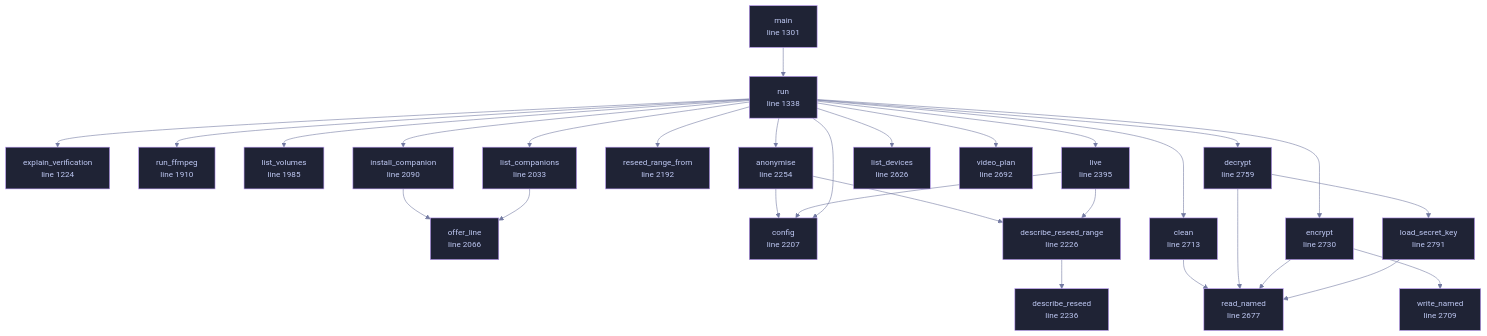
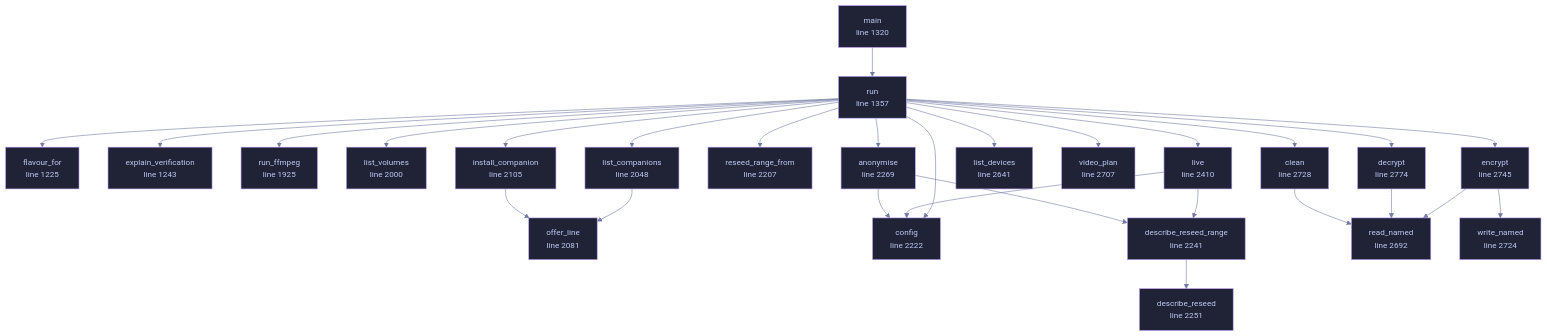
Before and after one commit to tilas01/veilvoice: the diagram in wiki/File-veilvoice-cli-main.md, drawn with Mermaid. The commit also changed other lines of this file and 46 other files, not shown here.

````diff
--- a/wiki/File-veilvoice-cli-main.md
+++ b/wiki/File-veilvoice-cli-main.md
@@ -119,78 +119,77 @@
 ```mermaid
 %%{init: {"theme":"base","themeVariables":{"background":"#1a1b26","primaryColor":"#1f2335","primaryTextColor":"#c0caf5","primaryBorderColor":"#7aa2f7","secondaryColor":"#16161e","tertiaryColor":"#16161e","lineColor":"#737aa2","textColor":"#c0caf5","mainBkg":"#1f2335","nodeBorder":"#7aa2f7","clusterBkg":"#16161e","clusterBorder":"#2f3549","fontFamily":"ui-monospace, SFMono-Regular, Consolas, monospace","fontSize":"14px"}}}%%
 flowchart TD
-    n_explain_verification["explain_verification<br/>line 1224"]
-    n_main["main<br/>line 1301"]
-    n_run["run<br/>line 1338"]
-    n_run_ffmpeg["run_ffmpeg<br/>line 1910"]
-    n_list_volumes["list_volumes<br/>line 1985"]
-    n_list_companions["list_companions<br/>line 2033"]
-    n_offer_line["offer_line<br/>line 2066"]
-    n_install_companion["install_companion<br/>line 2090"]
-    n_reseed_range_from["reseed_range_from<br/>line 2192"]
-    n_config["config<br/>line 2207"]
-    n_describe_reseed_range["describe_reseed_range<br/>line 2226"]
-    n_describe_reseed["describe_reseed<br/>line 2236"]
-    n_anonymise["anonymise<br/>line 2254"]
-    n_live["live<br/>line 2395"]
-    n_list_devices["list_devices<br/>line 2626"]
-    n_read_named["read_named<br/>line 2677"]
-    n_video_plan["video_plan<br/>line 2692"]
-    n_write_named["write_named<br/>line 2709"]
-    n_clean["clean<br/>line 2713"]
-    n_encrypt["encrypt<br/>line 2730"]
-    n_decrypt["decrypt<br/>line 2759"]
-    n_load_secret_key["load_secret_key<br/>line 2791"]
+    n_flavour_for["flavour_for<br/>line 1225"]
+    n_explain_verification["explain_verification<br/>line 1243"]
+    n_main["main<br/>line 1320"]
+    n_run["run<br/>line 1357"]
+    n_run_ffmpeg["run_ffmpeg<br/>line 1925"]
+    n_list_volumes["list_volumes<br/>line 2000"]
+    n_list_companions["list_companions<br/>line 2048"]
+    n_offer_line["offer_line<br/>line 2081"]
+    n_install_companion["install_companion<br/>line 2105"]
+    n_reseed_range_from["reseed_range_from<br/>line 2207"]
+    n_config["config<br/>line 2222"]
+    n_describe_reseed_range["describe_reseed_range<br/>line 2241"]
+    n_describe_reseed["describe_reseed<br/>line 2251"]
+    n_anonymise["anonymise<br/>line 2269"]
+    n_live["live<br/>line 2410"]
+    n_list_devices["list_devices<br/>line 2641"]
+    n_read_named["read_named<br/>line 2692"]
+    n_video_plan["video_plan<br/>line 2707"]
+    n_write_named["write_named<br/>line 2724"]
+    n_clean["clean<br/>line 2728"]
+    n_encrypt["encrypt<br/>line 2745"]
+    n_decrypt["decrypt<br/>line 2774"]
     n_anonymise --> n_config
     n_anonymise --> n_describe_reseed_range
     n_clean --> n_read_named
-    n_decrypt --> n_load_secret_key
     n_decrypt --> n_read_named
     n_describe_reseed_range --> n_describe_reseed
     n_encrypt --> n_read_named
     n_encrypt --> n_write_named
     n_install_companion --> n_offer_line
     n_list_companions --> n_offer_line
     n_live --> n_config
     n_live --> n_describe_reseed_range
-    n_load_secret_key --> n_read_named
     n_main --> n_run
     n_run --> n_anonymise
     n_run --> n_clean
     n_run --> n_config
     n_run --> n_decrypt
     n_run --> n_encrypt
     n_run --> n_explain_verification
+    n_run --> n_flavour_for
     n_run --> n_install_companion
     n_run --> n_list_companions
     n_run --> n_list_devices
     n_run --> n_list_volumes
     n_run --> n_live
     n_run --> n_reseed_range_from
     n_run --> n_run_ffmpeg
     n_run --> n_video_plan
-    click n_explain_verification href "https://github.com/tilas01/veilvoice/blob/main/crates/veilvoice-cli/src/main.rs#L1224" "open the source"
-    click n_main href "https://github.com/tilas01/veilvoice/blob/main/crates/veilvoice-cli/src/main.rs#L1301" "open the source"
-    click n_run href "https://github.com/tilas01/veilvoice/blob/main/crates/veilvoice-cli/src/main.rs#L1338" "open the source"
-    click n_run_ffmpeg href "https://github.com/tilas01/veilvoice/blob/main/crates/veilvoice-cli/src/main.rs#L1910" "open the source"
-    click n_list_volumes href "https://github.com/tilas01/veilvoice/blob/main/crates/veilvoice-cli/src/main.rs#L1985" "open the source"
-    click n_list_companions href "https://github.com/tilas01/veilvoice/blob/main/crates/veilvoice-cli/src/main.rs#L2033" "open the source"
-    click n_offer_line href "https://github.com/tilas01/veilvoice/blob/main/crates/veilvoice-cli/src/main.rs#L2066" "open the source"
-    click n_install_companion href "https://github.com/tilas01/veilvoice/blob/main/crates/veilvoice-cli/src/main.rs#L2090" "open the source"
-    click n_reseed_range_from href "https://github.com/tilas01/veilvoice/blob/main/crates/veilvoice-cli/src/main.rs#L2192" "open the source"
-    click n_config href "https://github.com/tilas01/veilvoice/blob/main/crates/veilvoice-cli/src/main.rs#L2207" "open the source"
-    click n_describe_reseed_range href "https://github.com/tilas01/veilvoice/blob/main/crates/veilvoice-cli/src/main.rs#L2226" "open the source"
-    click n_describe_reseed href "https://github.com/tilas01/veilvoice/blob/main/crates/veilvoice-cli/src/main.rs#L2236" "open the source"
-    click n_anonymise href "https://github.com/tilas01/veilvoice/blob/main/crates/veilvoice-cli/src/main.rs#L2254" "open the source"
-    click n_live href "https://github.com/tilas01/veilvoice/blob/main/crates/veilvoice-cli/src/main.rs#L2395" "open the source"
-    click n_list_devices href "https://github.com/tilas01/veilvoice/blob/main/crates/veilvoice-cli/src/main.rs#L2626" "open the source"
-    click n_read_named href "https://github.com/tilas01/veilvoice/blob/main/crates/veilvoice-cli/src/main.rs#L2677" "open the source"
-    click n_video_plan href "https://github.com/tilas01/veilvoice/blob/main/crates/veilvoice-cli/src/main.rs#L2692" "open the source"
-    click n_write_named href "https://github.com/tilas01/veilvoice/blob/main/crates/veilvoice-cli/src/main.rs#L2709" "open the source"
-    click n_clean href "https://github.com/tilas01/veilvoice/blob/main/crates/veilvoice-cli/src/main.rs#L2713" "open the source"
-    click n_encrypt href "https://github.com/tilas01/veilvoice/blob/main/crates/veilvoice-cli/src/main.rs#L2730" "open the source"
-    click n_decrypt href "https://github.com/tilas01/veilvoice/blob/main/crates/veilvoice-cli/src/main.rs#L2759" "open the source"
-    click n_load_secret_key href "https://github.com/tilas01/veilvoice/blob/main/crates/veilvoice-cli/src/main.rs#L2791" "open the source"
+    click n_flavour_for href "https://github.com/tilas01/veilvoice/blob/main/crates/veilvoice-cli/src/main.rs#L1225" "open the source"
+    click n_explain_verification href "https://github.com/tilas01/veilvoice/blob/main/crates/veilvoice-cli/src/main.rs#L1243" "open the source"
+    click n_main href "https://github.com/tilas01/veilvoice/blob/main/crates/veilvoice-cli/src/main.rs#L1320" "open the source"
+    click n_run href "https://github.com/tilas01/veilvoice/blob/main/crates/veilvoice-cli/src/main.rs#L1357" "open the source"
+    click n_run_ffmpeg href "https://github.com/tilas01/veilvoice/blob/main/crates/veilvoice-cli/src/main.rs#L1925" "open the source"
+    click n_list_volumes href "https://github.com/tilas01/veilvoice/blob/main/crates/veilvoice-cli/src/main.rs#L2000" "open the source"
+    click n_list_companions href "https://github.com/tilas01/veilvoice/blob/main/crates/veilvoice-cli/src/main.rs#L2048" "open the source"
+    click n_offer_line href "https://github.com/tilas01/veilvoice/blob/main/crates/veilvoice-cli/src/main.rs#L2081" "open the source"
+    click n_install_companion href "https://github.com/tilas01/veilvoice/blob/main/crates/veilvoice-cli/src/main.rs#L2105" "open the source"
+    click n_reseed_range_from href "https://github.com/tilas01/veilvoice/blob/main/crates/veilvoice-cli/src/main.rs#L2207" "open the source"
+    click n_config href "https://github.com/tilas01/veilvoice/blob/main/crates/veilvoice-cli/src/main.rs#L2222" "open the source"
+    click n_describe_reseed_range href "https://github.com/tilas01/veilvoice/blob/main/crates/veilvoice-cli/src/main.rs#L2241" "open the source"
+    click n_describe_reseed href "https://github.com/tilas01/veilvoice/blob/main/crates/veilvoice-cli/src/main.rs#L2251" "open the source"
+    click n_anonymise href "https://github.com/tilas01/veilvoice/blob/main/crates/veilvoice-cli/src/main.rs#L2269" "open the source"
+    click n_live href "https://github.com/tilas01/veilvoice/blob/main/crates/veilvoice-cli/src/main.rs#L2410" "open the source"
+    click n_list_devices href "https://github.com/tilas01/veilvoice/blob/main/crates/veilvoice-cli/src/main.rs#L2641" "open the source"
+    click n_read_named href "https://github.com/tilas01/veilvoice/blob/main/crates/veilvoice-cli/src/main.rs#L2692" "open the source"
+    click n_video_plan href "https://github.com/tilas01/veilvoice/blob/main/crates/veilvoice-cli/src/main.rs#L2707" "open the source"
+    click n_write_named href "https://github.com/tilas01/veilvoice/blob/main/crates/veilvoice-cli/src/main.rs#L2724" "open the source"
+    click n_clean href "https://github.com/tilas01/veilvoice/blob/main/crates/veilvoice-cli/src/main.rs#L2728" "open the source"
+    click n_encrypt href "https://github.com/tilas01/veilvoice/blob/main/crates/veilvoice-cli/src/main.rs#L2745" "open the source"
+    click n_decrypt href "https://github.com/tilas01/veilvoice/blob/main/crates/veilvoice-cli/src/main.rs#L2774" "open the source"
     classDef helper fill:#1f2335,stroke:#bb9af7,color:#c0caf5
-    class n_explain_verification,n_main,n_run,n_run_ffmpeg,n_list_volumes,n_list_companions,n_offer_line,n_install_companion,n_reseed_range_from,n_config,n_describe_reseed_range,n_describe_reseed,n_anonymise,n_live,n_list_devices,n_read_named,n_video_plan,n_write_named,n_clean,n_encrypt,n_decrypt,n_load_secret_key helper
+    class n_flavour_for,n_explain_verification,n_main,n_run,n_run_ffmpeg,n_list_volumes,n_list_companions,n_offer_line,n_install_companion,n_reseed_range_from,n_config,n_describe_reseed_range,n_describe_reseed,n_anonymise,n_live,n_list_devices,n_read_named,n_video_plan,n_write_named,n_clean,n_encrypt,n_decrypt helper
 ```
````
